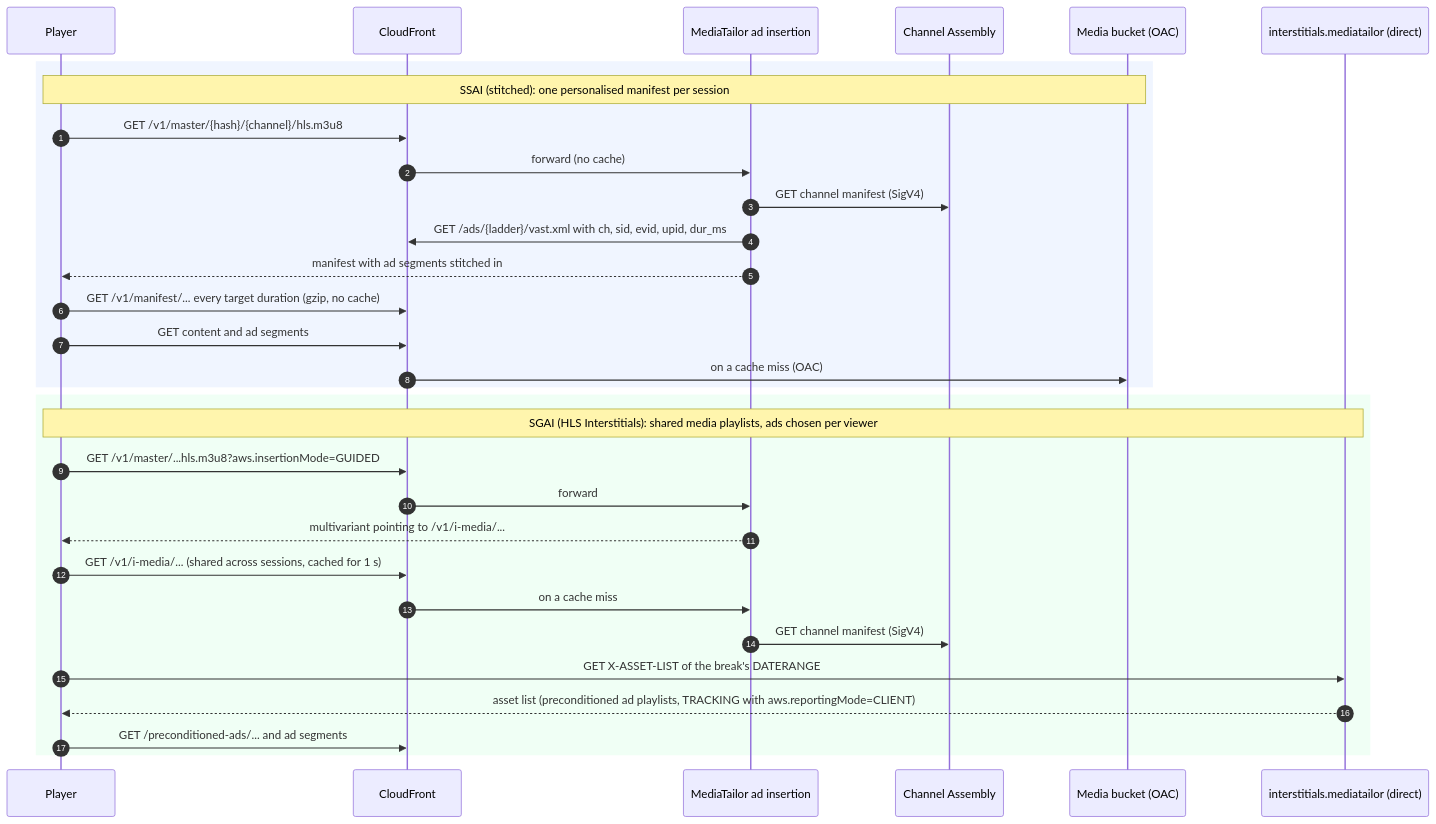
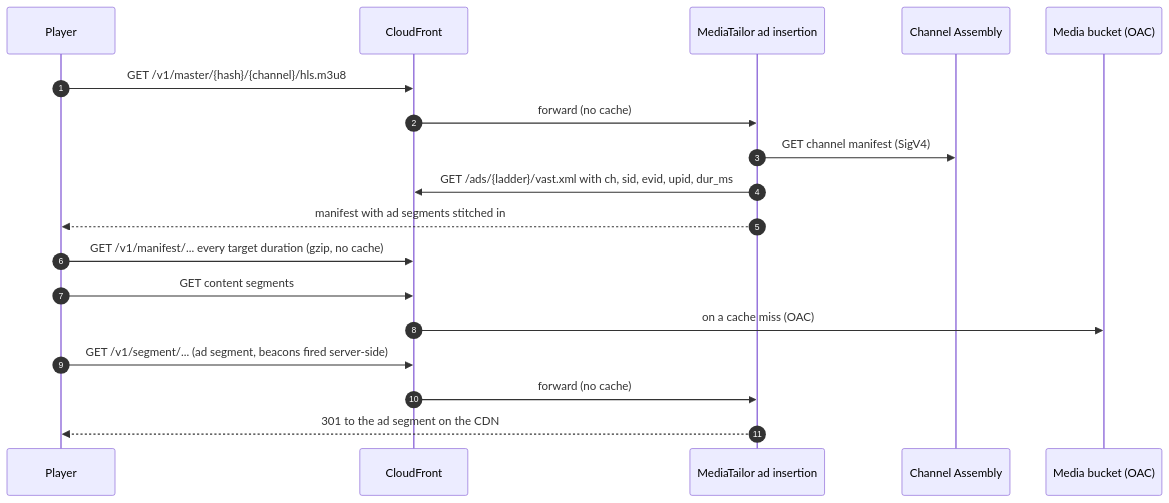
One commit to philhar88/AWS-Fast-Channels changed the third of 3 diagrams in docs/architecture.md. Above: the diagram before and after it, drawn with Mermaid. The commit also changed other lines of this file and 24 other files, not shown here.

````diff
--- a/docs/architecture.md
+++ b/docs/architecture.md
@@ -162,35 +162,21 @@
 ```mermaid
 sequenceDiagram
     autonumber
     participant P as Player
     participant CF as CloudFront
     participant MT as MediaTailor ad insertion
     participant CA as Channel Assembly
     participant S3 as Media bucket (OAC)
-    participant IL as interstitials.mediatailor (direct)
 
-    rect rgb(240, 245, 255)
-    note over P,S3: SSAI (stitched): one personalised manifest per session
     P->>CF: GET /v1/master/{hash}/{channel}/hls.m3u8
     CF->>MT: forward (no cache)
     MT->>CA: GET channel manifest (SigV4)
     MT->>CF: GET /ads/{ladder}/vast.xml with ch, sid, evid, upid, dur_ms
     MT-->>P: manifest with ad segments stitched in
     P->>CF: GET /v1/manifest/... every target duration (gzip, no cache)
-    P->>CF: GET content and ad segments
+    P->>CF: GET content segments
     CF->>S3: on a cache miss (OAC)
-    end
-
-    rect rgb(240, 255, 245)
-    note over P,IL: SGAI (HLS Interstitials): shared media playlists, ads chosen per viewer
-    P->>CF: GET /v1/master/...hls.m3u8?aws.insertionMode=GUIDED
-    CF->>MT: forward
-    MT-->>P: multivariant pointing to /v1/i-media/...
-    P->>CF: GET /v1/i-media/... (shared across sessions, cached for 1 s)
-    CF->>MT: on a cache miss
-    MT->>CA: GET channel manifest (SigV4)
-    P->>IL: GET X-ASSET-LIST of the break's DATERANGE
-    IL-->>P: asset list (preconditioned ad playlists, TRACKING with aws.reportingMode=CLIENT)
-    P->>CF: GET /preconditioned-ads/... and ad segments
-    end
+    P->>CF: GET /v1/segment/... (ad segment, beacons fired server-side)
+    CF->>MT: forward (no cache)
+    MT-->>P: 301 to the ad segment on the CDN
 ```
````
